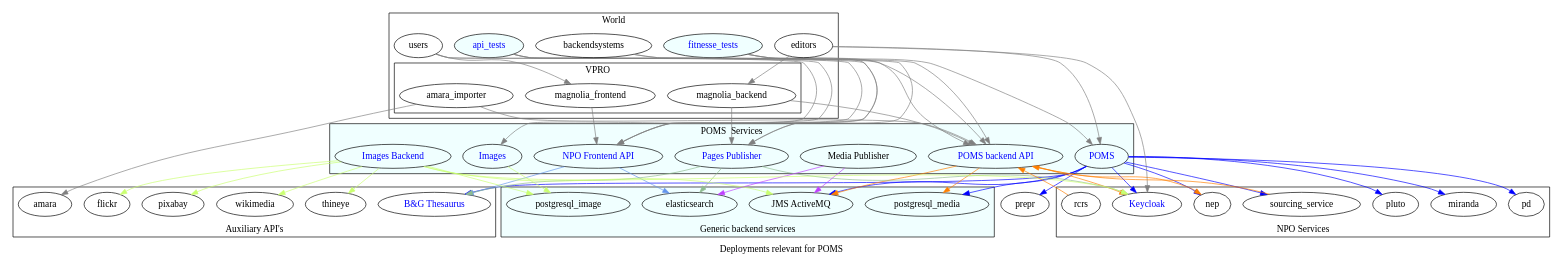
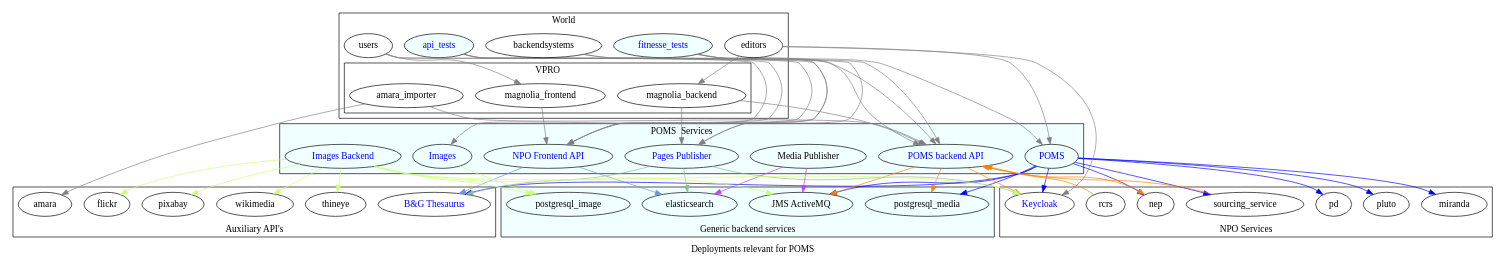
The diagram in poms-deployment.dot (npo-poms/poms-parent), drawn with Graphviz before and after one commit. The commit also changed 3 other files, not shown here.

```diff
--- a/poms-deployment.dot
+++ b/poms-deployment.dot
@@ -1,195 +1,194 @@
 digraph poms_universe {
 
     label="Deployments relevant for POMS"
     edge [
       color=gray
     ]
 
     poms [ label="POMS" href="https://poms.omroep.nl/" fontcolor=blue ]
     poms_backend [ label="POMS backend API" href="https://api.poms.omroep.nl/" fontcolor=blue ]
     api [ label = "NPO Frontend API" href="https://rs.poms.omroep.nl/" fontcolor=blue ]
     pages_publish [ label = "Pages Publisher"     href="https://publish.pages.omroep.nl/" fontcolor=blue ]
     media_publish [ label = "Media Publisher" ]
     images_frontend [ label = "Images" href="https://images.poms.omroep.nl" fontcolor=blue]
     images_backend [ label = "Images Backend" href="https://poms.omroep.nl/images/" fontcolor=blue ]
     gtaa [ label ="B&G Thesaurus"  href="http://gtaa.beeldengeluid.nl/" fontcolor=blue]
     thineye
     api_tests [
        fillcolor=azure
        style=filled
        href="https://git.vpro.nl/npo/test/api-tests/pipelines"
        fontcolor="blue"
     ]
 
     fitnesse_tests [
        fillcolor=azure
        style=filled
        href="https://jenkins.vpro.nl/view/POMS/job/POMS-Fitnesse-Tests/"
        fontcolor="blue"
     ]
 
     subgraph cluster_0  {
       label="Generic backend services"
       labelloc=b
       bgcolor=azure
       postgresql_media
       postgresql_image
       elasticsearch
       jms [ label = "JMS ActiveMQ" ]
     }
 
 
 subgraph cluster_3  {
   label="World"
   users
   backendsystems
   editors
   api_tests
   fitnesse_tests
 subgraph cluster_2  {
   label="VPRO"
   magnolia_frontend
   magnolia_backend
   amara_importer
 }
 
 }
 subgraph cluster_4  {
   label="POMS  Services"
   bgcolor=azure
   poms
   poms_backend
   pages_publish
   media_publish
   api
   images_frontend
   images_backend
 }
 
 subgraph cluster_5  {
   label="NPO Services"
   labelloc=b
   pd
   rcrs
   miranda
   pluto
   nep
   sourcing_service
   keycloak [ label = "Keycloak" href="https://ident.poms.omroep.nl/auth/" fontcolor=blue]
 }
 
 subgraph cluster_6 {
   label="Auxiliary API's"
   labelloc=b
   gtaa
   thineye
   wikimedia
   pixabay
   flickr
   amara
 }
 
 editors -> {
   magnolia_backend
   poms
   keycloak
 }
 
 users -> {
   magnolia_frontend
   api
   images_frontend
 }
 
 backendsystems -> {
   poms_backend
   pages_publish
 }
 
 poms -> {
   postgresql_media
   jms
   keycloak
   miranda
-  prepr
   pd
   pluto
   nep
   sourcing_service
   gtaa
 }[color=blue]
 
 poms_backend -> {
   postgresql_media
   jms
   nep
   keycloak
 }[color=darkorange1]
 
 sourcing_service -> {
   poms_backend
 }[color=darkorange1]
 
 rcrs -> {
   poms_backend
 }[color=darkorange1]
 
 api -> {
   elasticsearch
   gtaa
 }[color=cornflowerblue]
 
 pages_publish-> {
   elasticsearch
   keycloak
   gtaa
 }[color=darkseagreen]
 
 media_publish -> {
   elasticsearch
   jms
 }[color=darkorchid1]
 
 
 images_frontend -> {
   postgresql_image
 }[color=darkolivegreen1]
 
 images_backend -> {
   postgresql_image
   jms
   keycloak
   thineye
   wikimedia
   pixabay
   flickr
 }[color=darkolivegreen1]
 
 magnolia_backend -> {
   poms_backend
   pages_publish
 }
 
 magnolia_frontend -> {
   api
 }
 
 api_tests -> {
   poms_backend
   pages_publish
   api
 }
 
 fitnesse_tests -> {
   poms_backend
   poms
   api
 }
 
 
 amara_importer -> {
   poms_backend
   amara
 }
 
 }
```
